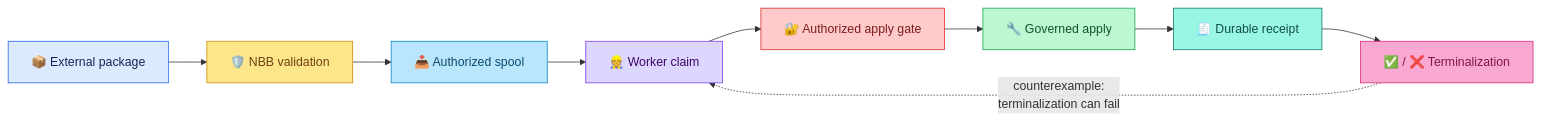
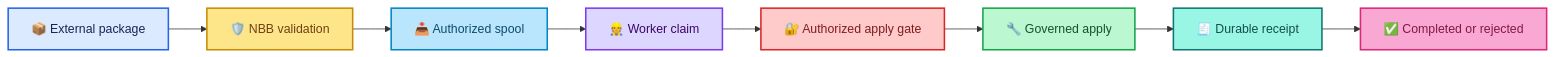
Before and after one commit to kiddstechnical/ALLIS-Artificial-Learning-and-Location-Intelligence-System: the fourth of 9 diagrams in CURRENT.md, drawn with Mermaid. The commit also changed other lines of this file, not shown here.

````diff
--- a/CURRENT.md
+++ b/CURRENT.md
@@ -308,21 +261,20 @@
 ```mermaid
 flowchart LR
     A["📦 External package"] --> B["🛡️ NBB validation"]
     B --> C["📥 Authorized spool"]
     C --> D["👷 Worker claim"]
     D --> E["🔐 Authorized apply gate"]
     E --> F["🔧 Governed apply"]
     F --> G["🧾 Durable receipt"]
-    G --> H["✅ / ❌ Terminalization"]
+    G --> H["✅ Completed or rejected"]
 
-    H -. "counterexample:<br/>terminalization can fail" .-> D
-
+    classDef default stroke-width:2px;
     style A fill:#dbeafe,stroke:#2563eb,color:#172554
     style B fill:#fde68a,stroke:#ca8a04,color:#713f12
     style C fill:#bae6fd,stroke:#0284c7,color:#0c4a6e
     style D fill:#ddd6fe,stroke:#7c3aed,color:#3b0764
     style E fill:#fecaca,stroke:#dc2626,color:#7f1d1d
     style F fill:#bbf7d0,stroke:#16a34a,color:#14532d
     style G fill:#99f6e4,stroke:#0f766e,color:#134e4a
     style H fill:#f9a8d4,stroke:#db2777,color:#831843
 ```
````
